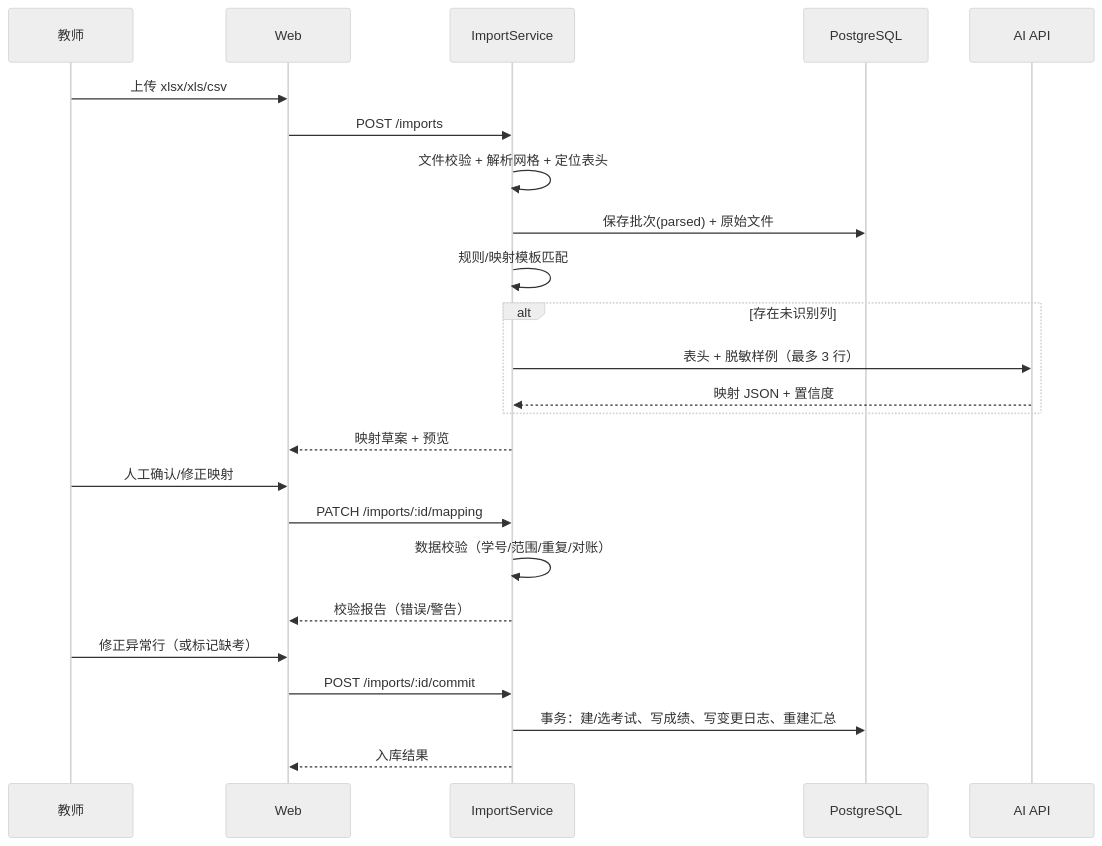
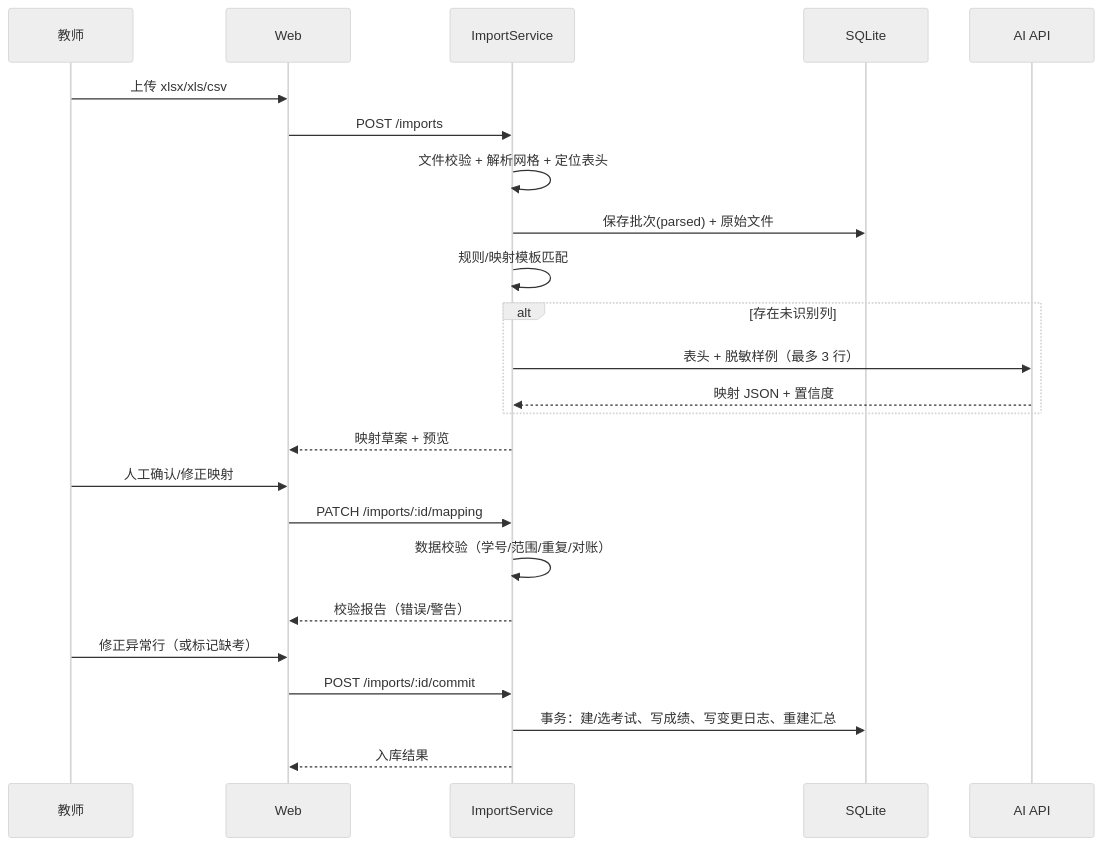
The third of 3 diagrams in docs/01-项目架构.md (fuqin123/teacher), drawn with Mermaid (neutral theme) before and after one commit. The commit also changed other lines of this file and 29 other files, not shown here.

````diff
--- a/docs/01-项目架构.md
+++ b/docs/01-项目架构.md
@@ -278,27 +278,27 @@
 ```mermaid
 sequenceDiagram
   participant T as 教师
   participant W as Web
   participant API as ImportService
-  participant DB as PostgreSQL
+  participant DB as SQLite
   participant AI as AI API
 
   T->>W: 上传 xlsx/xls/csv
   W->>API: POST /imports
   API->>API: 文件校验 + 解析网格 + 定位表头
   API->>DB: 保存批次(parsed) + 原始文件
   API->>API: 规则/映射模板匹配
   alt 存在未识别列
     API->>AI: 表头 + 脱敏样例（最多 3 行）
     AI-->>API: 映射 JSON + 置信度
   end
   API-->>W: 映射草案 + 预览
   T->>W: 人工确认/修正映射
   W->>API: PATCH /imports/:id/mapping
   API->>API: 数据校验（学号/范围/重复/对账）
   API-->>W: 校验报告（错误/警告）
   T->>W: 修正异常行（或标记缺考）
   W->>API: POST /imports/:id/commit
   API->>DB: 事务：建/选考试、写成绩、写变更日志、重建汇总
   API-->>W: 入库结果
 ```
````
